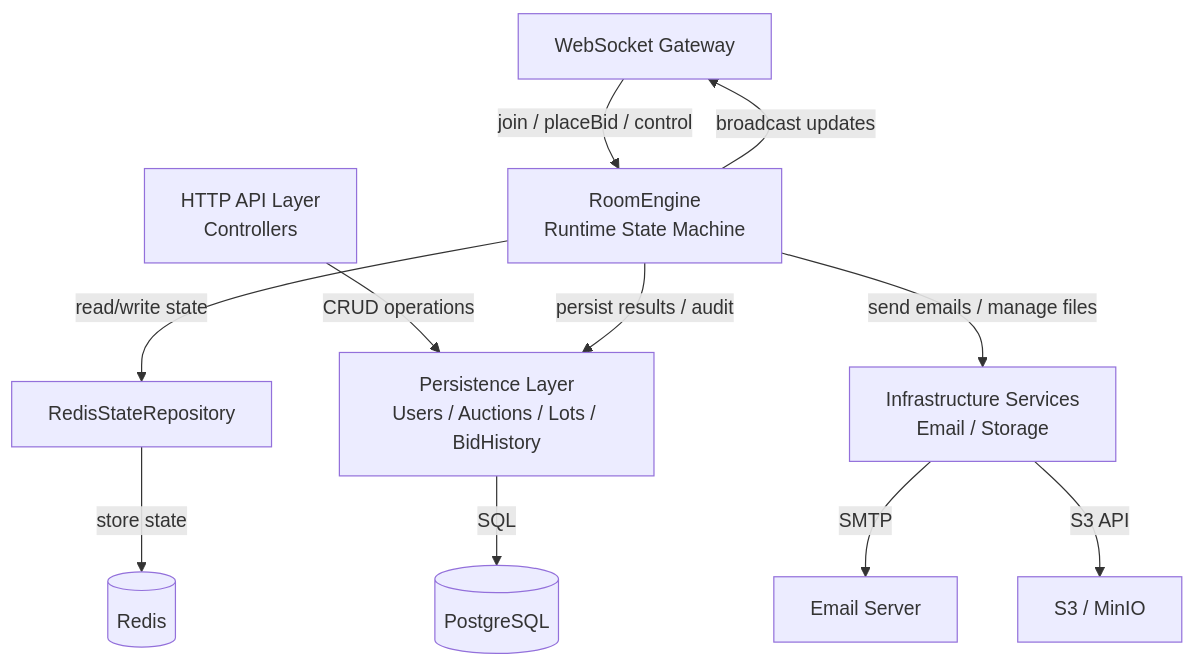
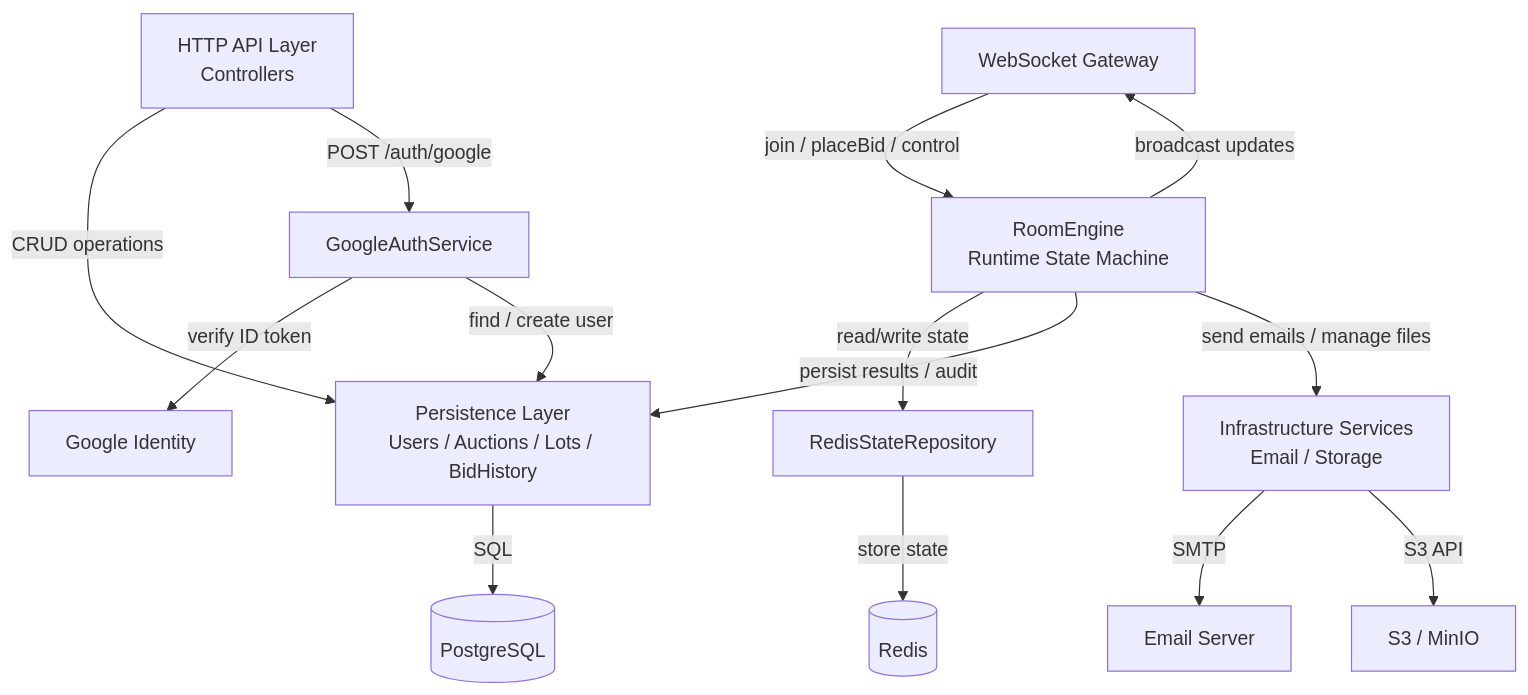
The third of 4 diagrams in docs/c4/C4_graph.md (NativeJedi/auction-hub-app), drawn with Mermaid before and after one commit. The commit also changed other lines of this file and 8 other files, not shown here.

````diff
--- a/docs/c4/C4_graph.md
+++ b/docs/c4/C4_graph.md
@@ -59,45 +72,53 @@
 ```mermaid
 graph TD
 
 %% Layers
 HTTP[HTTP API Layer<br/>Controllers]
 WS[WebSocket Gateway]
+
+GOOGLE_AUTH[GoogleAuthService]
 
 ENGINE[RoomEngine<br/>Runtime State Machine]
 
 REDIS_REPO[RedisStateRepository]
 
 PERSISTENCE[Persistence Layer<br/>Users / Auctions / Lots / BidHistory]
 
 INFRA[Infrastructure Services<br/>Email / Storage]
 
 %% Databases
 Redis[(Redis)]
 Postgres[(PostgreSQL)]
 Email[Email Server]
 S3[S3 / MinIO]
+Google[Google Identity]
 
 %% Flows
 
 %% HTTP (CRUD)
 HTTP -->|CRUD operations| PERSISTENCE
+
+%% Google auth
+HTTP -->|POST /auth/google| GOOGLE_AUTH
+GOOGLE_AUTH -->|verify ID token| Google
+GOOGLE_AUTH -->|find / create user| PERSISTENCE
 
 %% WS → Engine
 WS -->|join / placeBid / control| ENGINE
 
 %% Engine → State
 ENGINE -->|read/write state| REDIS_REPO
 REDIS_REPO -->|store state| Redis
 
 %% Engine → DB
 ENGINE -->|persist results / audit| PERSISTENCE
 PERSISTENCE -->|SQL| Postgres
 
 %% Engine → WS
 ENGINE -->|broadcast updates| WS
 
 %% Engine → Infra
 ENGINE -->|send emails / manage files| INFRA
 INFRA -->|SMTP| Email
 INFRA -->|S3 API| S3
 ```
````
